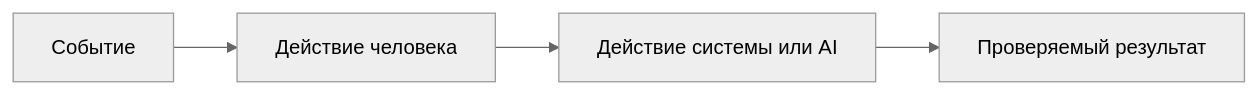
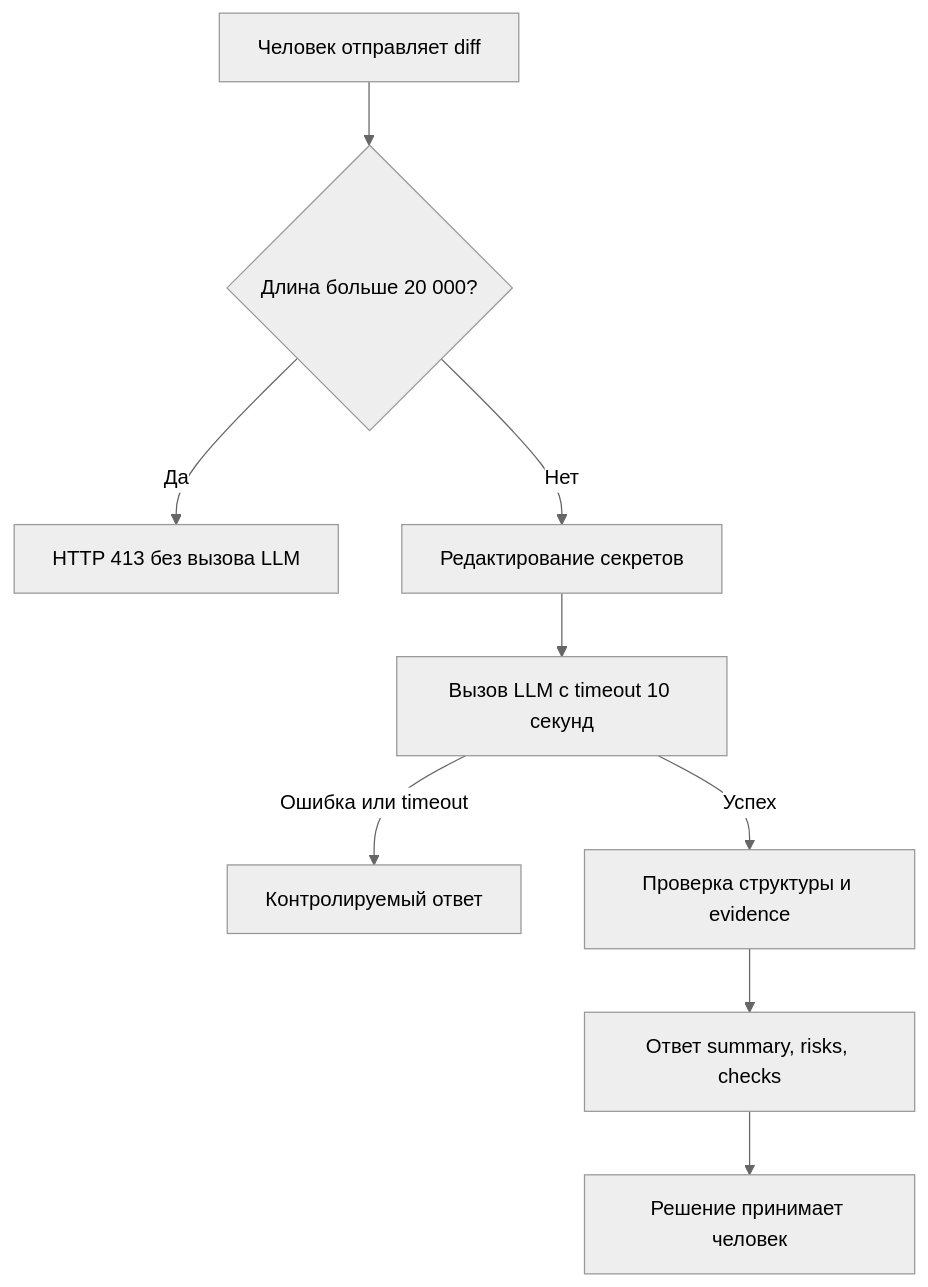
The diagram in practices/practice_01/analysis.md (ai-course-avito/ITMOv2), drawn with Mermaid (neutral theme) before and after one commit. The commit also changed other lines of this file and 10 other files, not shown here.

````diff
--- a/practices/practice_01/analysis.md
+++ b/practices/practice_01/analysis.md
@@ -14,6 +17,11 @@
 ```mermaid
-flowchart LR
-    A[Событие] --> B[Действие человека]
-    B --> C[Действие системы или AI]
-    C --> D[Проверяемый результат]
+flowchart TD
+    A[Человек отправляет diff] --> B{Длина больше 20 000?}
+    B -- Да --> C[HTTP 413 без вызова LLM]
+    B -- Нет --> D[Редактирование секретов]
+    D --> E[Вызов LLM с timeout 10 секунд]
+    E -- Ошибка или timeout --> F[Контролируемый ответ]
+    E -- Успех --> G[Проверка структуры и evidence]
+    G --> H[Ответ summary, risks, checks]
+    H --> I[Решение принимает человек]
 ```
````
